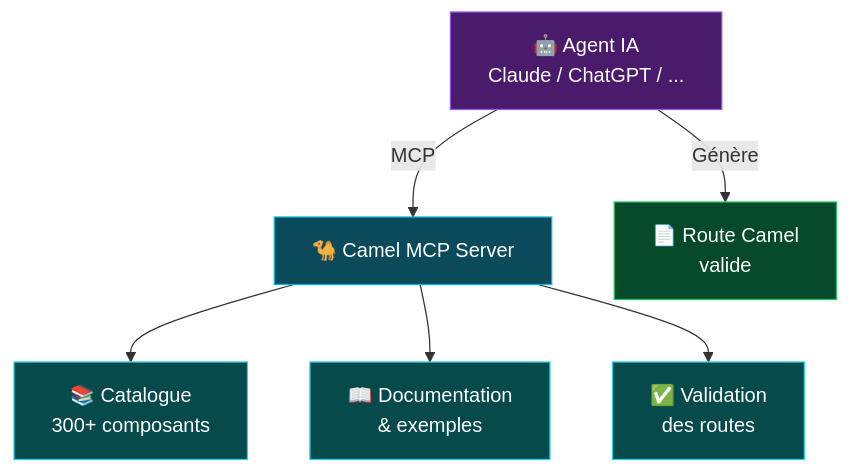
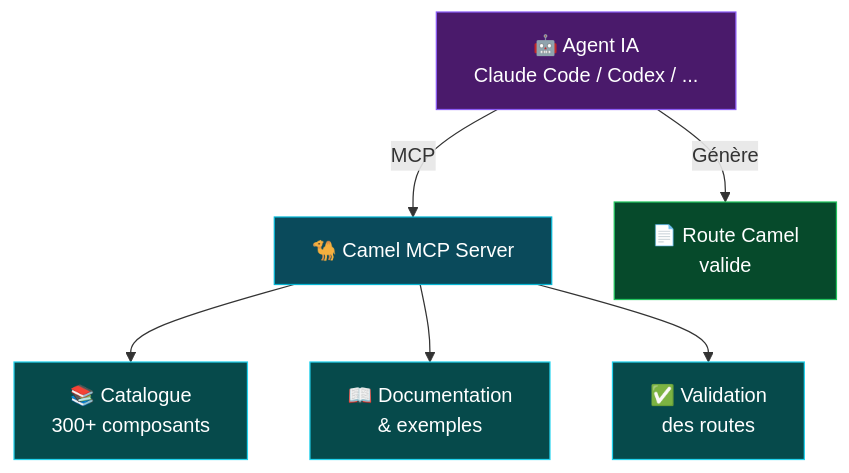
Before and after one commit to zbendhiba/slides: the fourth of 6 diagrams in talk-integration-intelligente-2026-fr/slides.md, drawn with Mermaid. The commit also changed 1 other file, not shown here.

Commit message:
Update AI agent labels to Claude Code / Codex in MCP diagram

````diff
--- a/talk-integration-intelligente-2026-fr/slides.md
+++ b/talk-integration-intelligente-2026-fr/slides.md
@@ -458,15 +458,15 @@
 ```mermaid {scale: 0.65}
 graph TD
-    AI[🤖 Agent IA<br>Claude / ChatGPT / ...] -->|MCP| CS[🐪 Camel MCP Server]
+    AI[🤖 Agent IA<br>Claude Code / Codex / ...] -->|MCP| CS[🐪 Camel MCP Server]
     CS --> CAT[📚 Catalogue<br>300+ composants]
     CS --> DOC[📖 Documentation<br>& exemples]
     CS --> VAL[✅ Validation<br>des routes]
     AI -->|Génère| R[📄 Route Camel<br>valide]
     
     style AI fill:#4a1a6b,stroke:#8b5cf6,color:#fff
     style CS fill:#0a4a5b,stroke:#06b6d4,color:#fff
     style CAT fill:#064a4b,stroke:#22d3ee,color:#fff
     style DOC fill:#064a4b,stroke:#22d3ee,color:#fff
     style VAL fill:#064a4b,stroke:#22d3ee,color:#fff
     style R fill:#064a2b,stroke:#22c55e,color:#fff
 ```
````
